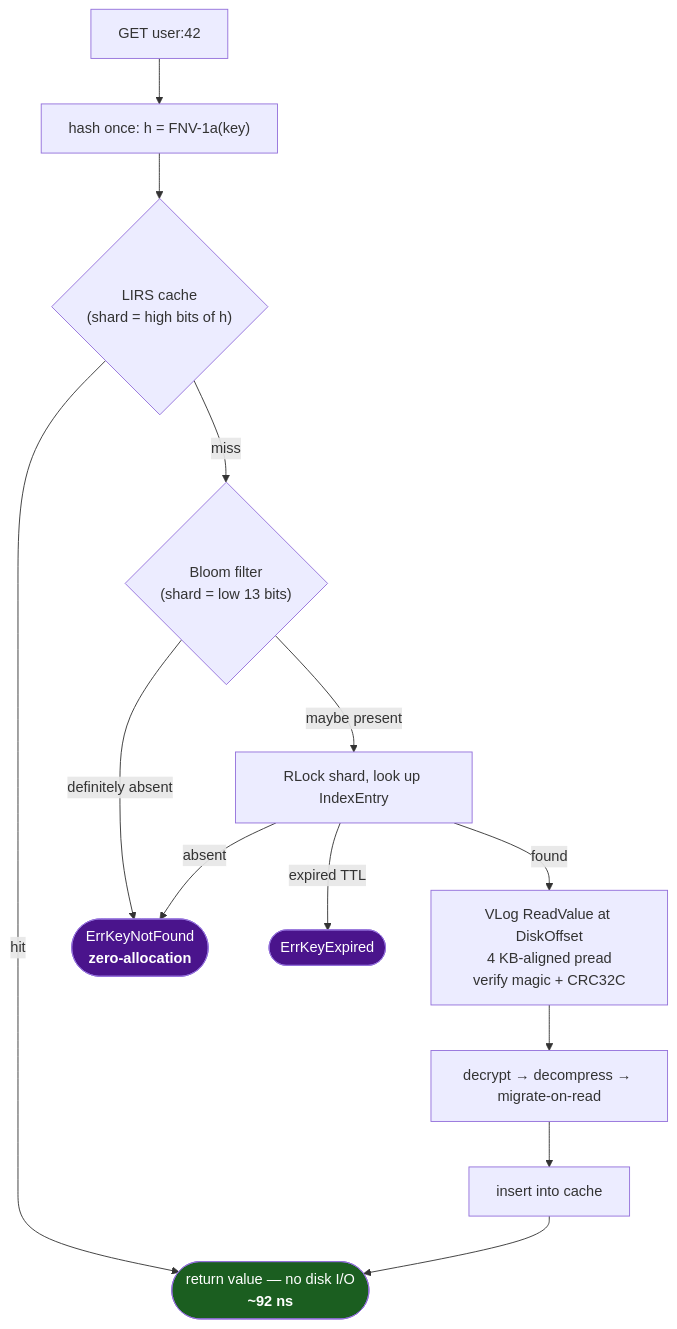
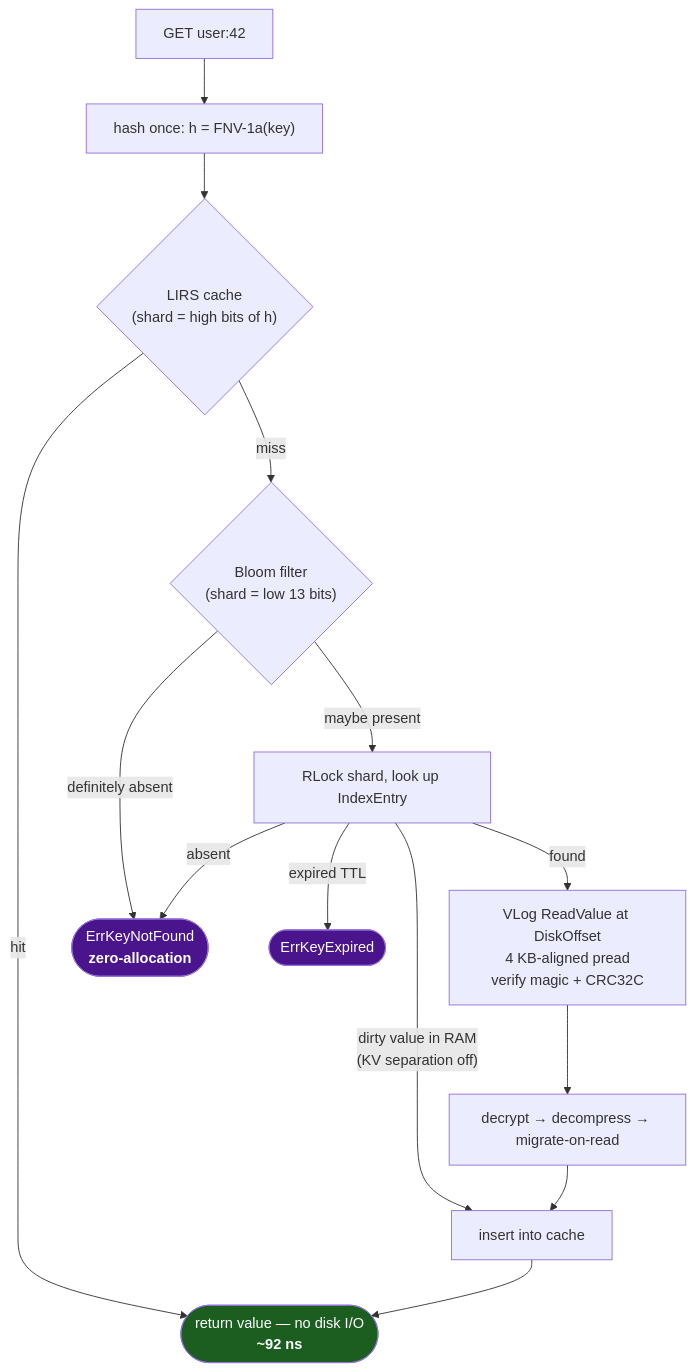
Before and after one commit to VeltrixDB/VeltrixDB: the fourth of 4 diagrams in ARCHITECTURE.md, drawn with Mermaid. The commit also changed other lines of this file and 26 other files, not shown here.

````diff
--- a/ARCHITECTURE.md
+++ b/ARCHITECTURE.md
@@ -241,19 +248,20 @@
 ```mermaid
 flowchart TD
     A["GET user:42"] --> B["hash once: h = FNV-1a(key)"]
     B --> C{"LIRS cache<br/>(shard = high bits of h)"}
     C -->|hit| Z(["return value — no disk I/O<br/><b>~92 ns</b>"])
     C -->|miss| D{"Bloom filter<br/>(shard = low 13 bits)"}
     D -->|"definitely absent"| N(["ErrKeyNotFound<br/><b>zero-allocation</b>"])
     D -->|"maybe present"| E["RLock shard, look up IndexEntry"]
     E -->|absent| N
     E -->|"expired TTL"| X(["ErrKeyExpired"])
+    E -->|"dirty value in RAM<br/>(KV separation off)"| H
     E -->|found| F["VLog ReadValue at DiskOffset<br/>4 KB-aligned pread<br/>verify magic + CRC32C"]
     F --> G["decrypt → decompress → migrate-on-read"]
     G --> H["insert into cache"]
     H --> Z
 
     style Z fill:#1b5e20,color:#fff
     style N fill:#4a148c,color:#fff
     style X fill:#4a148c,color:#fff
 ```
````
